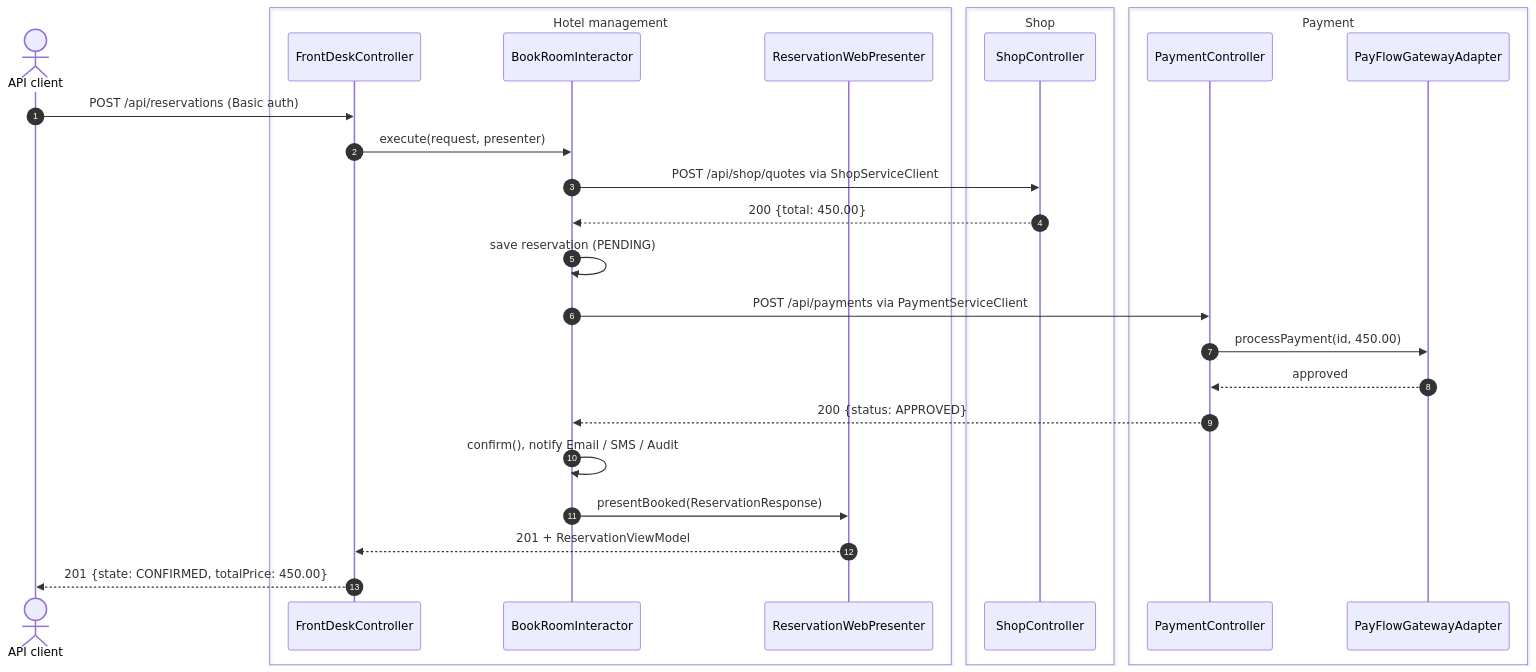
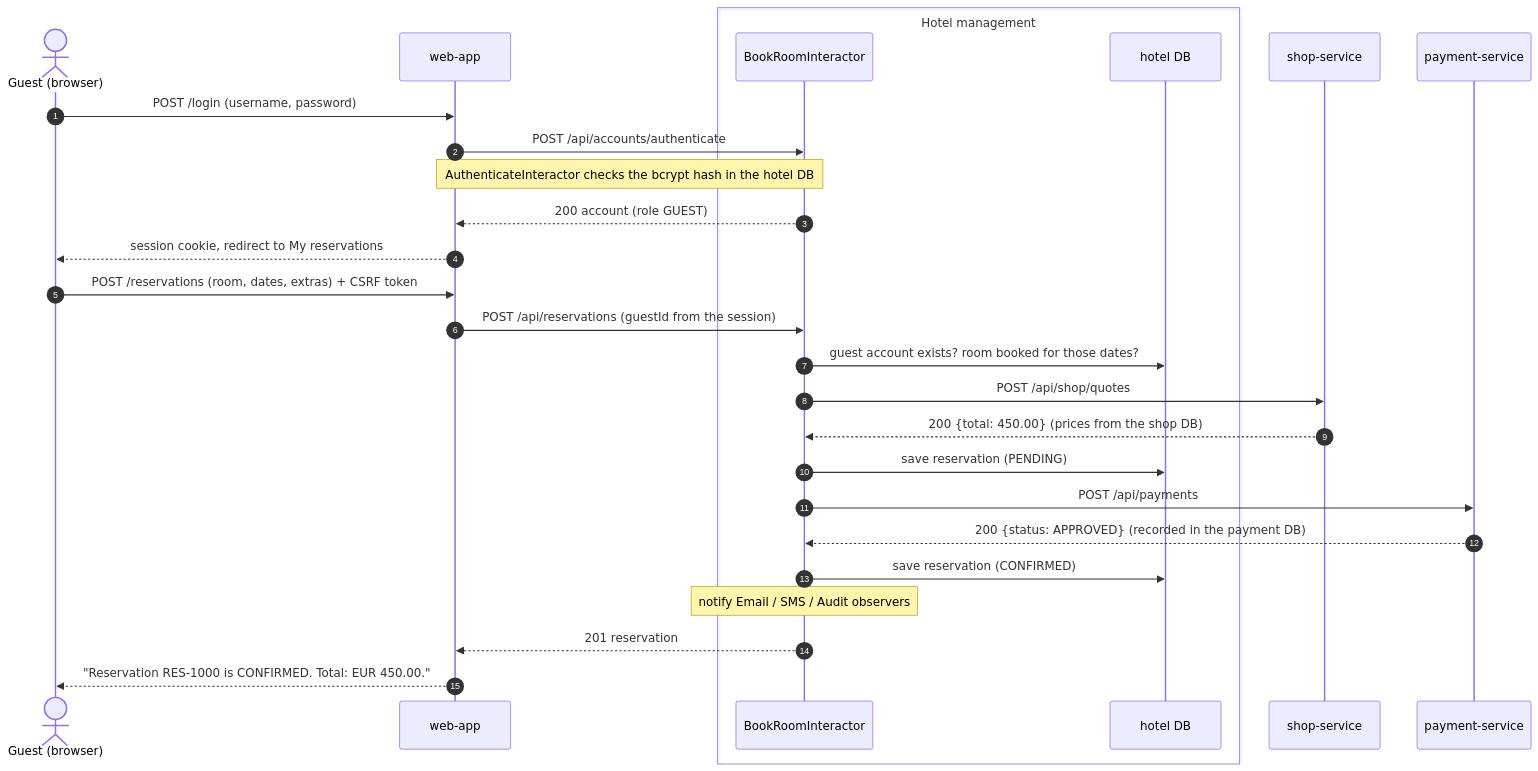
One commit to upb-fils-inter-proj/asd-hotel-reservation-nonaislop changed the third of 4 diagrams in docs/architecture.md. Above: the diagram before and after it, drawn with Mermaid. The commit also changed other lines of this file and 128 other files, not shown here.

First line of the commit message:
Add guest and admin web app and a database per service

````diff
--- a/docs/architecture.md
+++ b/docs/architecture.md
@@ -145,31 +160,30 @@
 ```mermaid
 sequenceDiagram
     autonumber
-    actor C as API client
+    actor G as Guest (browser)
+    participant W as web-app
     box Hotel management
-        participant FD as FrontDeskController
         participant BR as BookRoomInteractor
-        participant P as ReservationWebPresenter
+        participant HDB as hotel DB
     end
-    box Shop
-        participant SC as ShopController
-    end
-    box Payment
-        participant PC as PaymentController
-        participant PF as PayFlowGatewayAdapter
-    end
+    participant S as shop-service
+    participant P as payment-service
 
-    C->>FD: POST /api/reservations (Basic auth)
-    FD->>BR: execute(request, presenter)
-    BR->>SC: POST /api/shop/quotes via ShopServiceClient
-    SC-->>BR: 200 {total: 450.00}
-    BR->>BR: save reservation (PENDING)
-    BR->>PC: POST /api/payments via PaymentServiceClient
-    PC->>PF: processPayment(id, 450.00)
-    PF-->>PC: approved
-    PC-->>BR: 200 {status: APPROVED}
-    BR->>BR: confirm(), notify Email / SMS / Audit
-    BR->>P: presentBooked(ReservationResponse)
-    P-->>FD: 201 + ReservationViewModel
-    FD-->>C: 201 {state: CONFIRMED, totalPrice: 450.00}
+    G->>W: POST /login (username, password)
+    W->>BR: POST /api/accounts/authenticate
+    Note over W,BR: AuthenticateInteractor checks the bcrypt hash in the hotel DB
+    BR-->>W: 200 account (role GUEST)
+    W-->>G: session cookie, redirect to My reservations
+    G->>W: POST /reservations (room, dates, extras) + CSRF token
+    W->>BR: POST /api/reservations (guestId from the session)
+    BR->>HDB: guest account exists? room booked for those dates?
+    BR->>S: POST /api/shop/quotes
+    S-->>BR: 200 {total: 450.00} (prices from the shop DB)
+    BR->>HDB: save reservation (PENDING)
+    BR->>P: POST /api/payments
+    P-->>BR: 200 {status: APPROVED} (recorded in the payment DB)
+    BR->>HDB: save reservation (CONFIRMED)
+    Note over BR: notify Email / SMS / Audit observers
+    BR-->>W: 201 reservation
+    W-->>G: "Reservation RES-1000 is CONFIRMED. Total: EUR 450.00."
 ```
````
